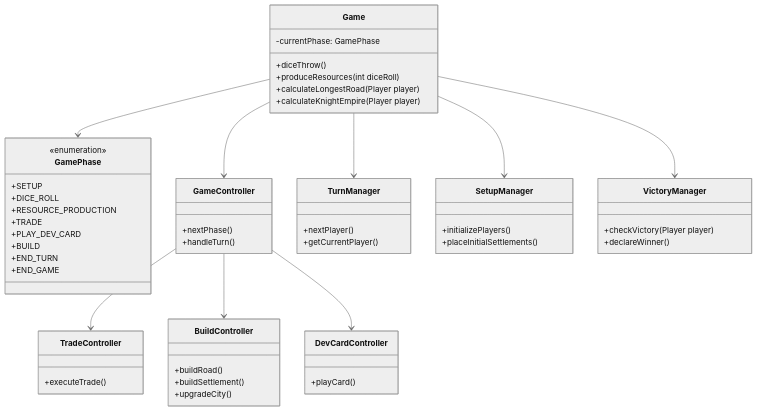
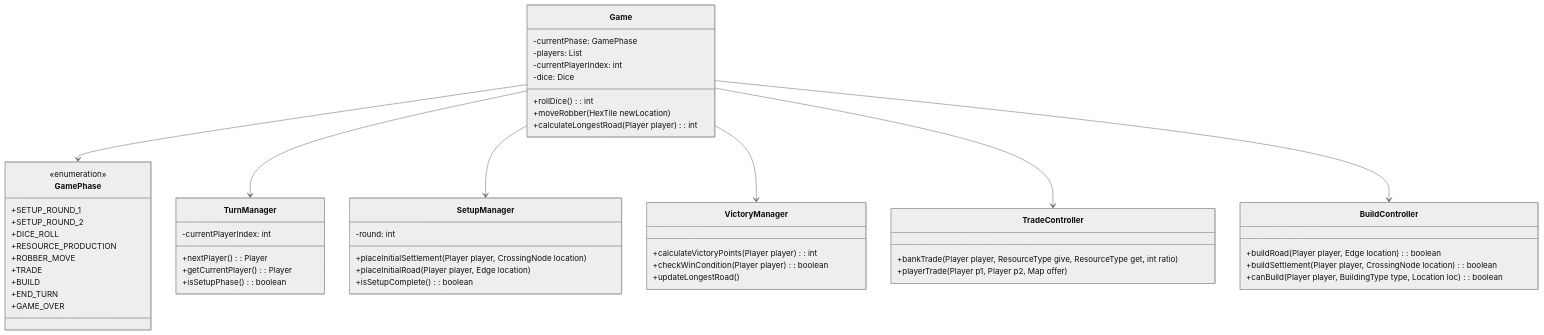
One commit to Jakob-332/Dealer-von-Catan changed the second of 5 diagrams in ClassDiagram.md. Above: the diagram before and after it, drawn with Mermaid (neutral theme). The commit also changed other lines of this file, not shown here.

````diff
--- a/ClassDiagram.md
+++ b/ClassDiagram.md
@@ -49,70 +63,68 @@
 ```mermaid
 classDiagram
 direction TB
 
-%% Enumerationen
+%% Spielphasen
 class GamePhase {
   <<enumeration>>
-  +SETUP
+  +SETUP_ROUND_1
+  +SETUP_ROUND_2
   +DICE_ROLL
   +RESOURCE_PRODUCTION
+  +ROBBER_MOVE
   +TRADE
-  +PLAY_DEV_CARD
   +BUILD
   +END_TURN
-  +END_GAME
+  +GAME_OVER
 }
 
-%% Spielmechanik-Klassen
+%% Spielmechanik
 class Game {
   -currentPhase: GamePhase
-  +diceThrow()
-  +produceResources(int diceRoll)
-  +calculateLongestRoad(Player player)
-  +calculateKnightEmpire(Player player)
-}
-
-class GameController {
-  +nextPhase()
-  +handleTurn()
+  -players: List<Player>
+  -currentPlayerIndex: int
+  -dice: Dice
+  +rollDice(): int
+  +moveRobber(HexTile newLocation)
+  +calculateLongestRoad(Player player): int
 }
 
 class TurnManager {
-  +nextPlayer()
-  +getCurrentPlayer()
+  -currentPlayerIndex: int
+  +nextPlayer(): Player
+  +getCurrentPlayer(): Player
+  +isSetupPhase(): boolean
 }
 
 class TradeController {
-  +executeTrade()
+  +bankTrade(Player player, ResourceType give, ResourceType get, int ratio)
+  +playerTrade(Player p1, Player p2, Map<ResourceType,Integer> offer)
 }
 
 class BuildController {
-  +buildRoad()
-  +buildSettlement()
-  +upgradeCity()
-}
-
-class DevCardController {
-  +playCard()
+  +buildRoad(Player player, Edge location): boolean
+  +buildSettlement(Player player, CrossingNode location): boolean
+  +canBuild(Player player, BuildingType type, Location loc): boolean
 }
 
 class SetupManager {
-  +initializePlayers()
-  +placeInitialSettlements()
+  -round: int
+  +placeInitialSettlement(Player player, CrossingNode location)
+  +placeInitialRoad(Player player, Edge location)
+  +isSetupComplete(): boolean
 }
 
 class VictoryManager {
-  +checkVictory(Player player)
-  +declareWinner()
+  +calculateVictoryPoints(Player player): int
+  +checkWinCondition(Player player): boolean
+  +updateLongestRoad()
 }
 
 %% Beziehungen
 Game --> GamePhase
-Game --> GameController
 Game --> TurnManager
 Game --> SetupManager
 Game --> VictoryManager
-GameController --> TradeController
-GameController --> BuildController
-GameController --> DevCardController
+Game --> TradeController
+Game --> BuildController
 ```
````
